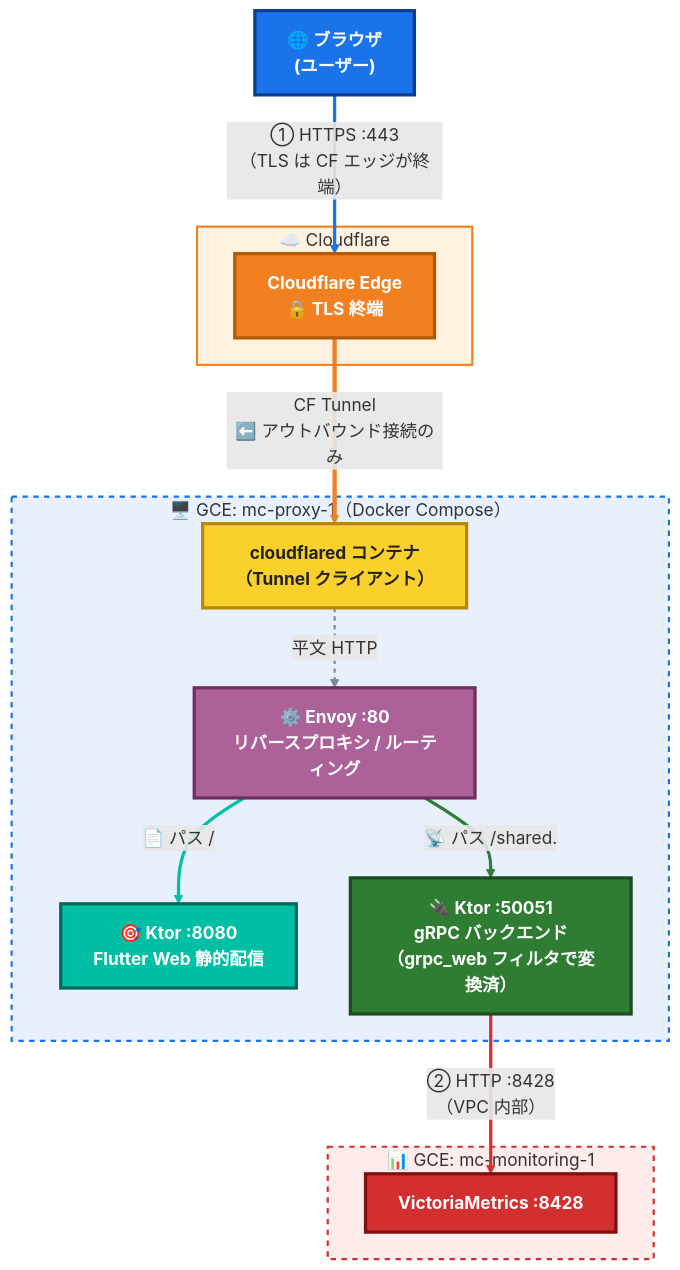
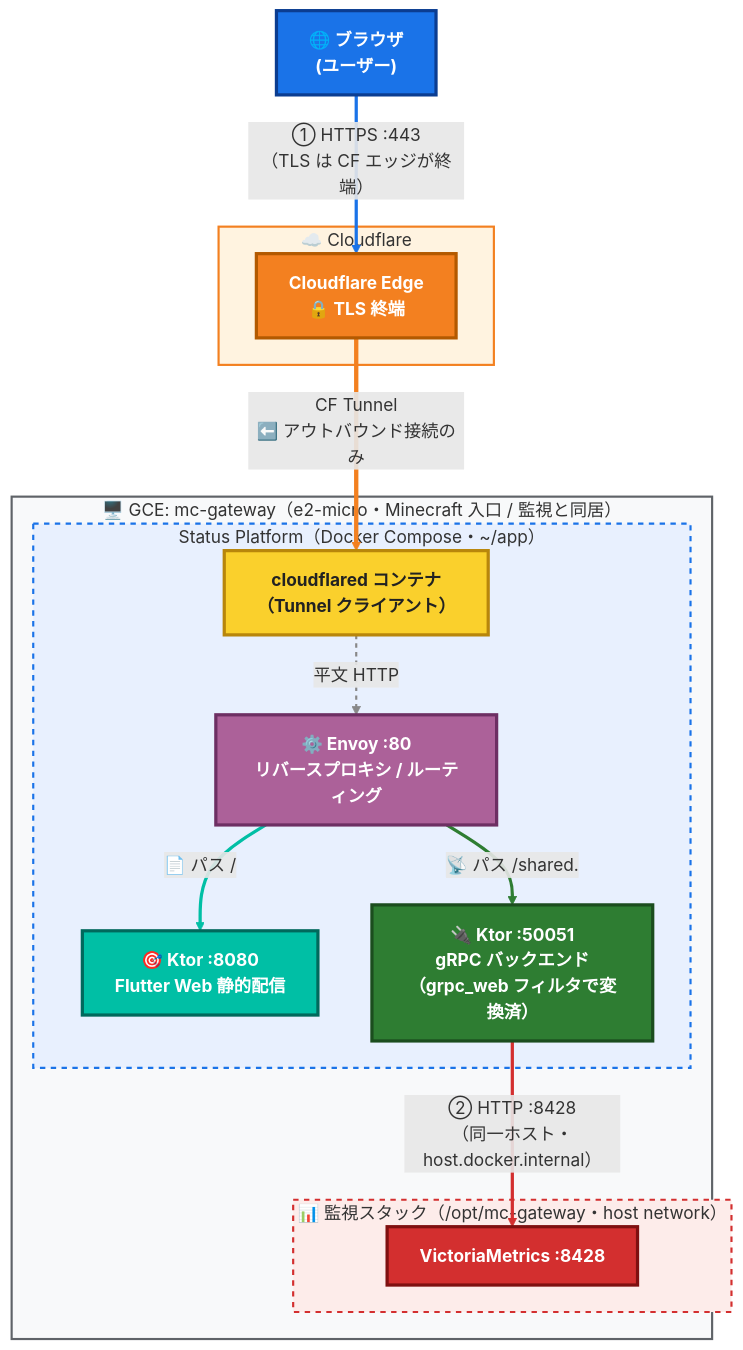
One commit to Tagomori0211/cloud-observability-gateway changed the first of 2 diagrams in README.md. Above: the diagram before and after it, drawn with Mermaid. The commit also changed other lines of this file and 1 other file, not shown here.

First line of the commit message:
docs: Describe the Status Platform on the consolidated mc-gateway VM

````diff
--- a/README.md
+++ b/README.md
@@ -44,58 +44,61 @@
 ```mermaid
 flowchart TD
     %% ============ ノード定義 ============
     Browser["🌐 ブラウザ<br/>(ユーザー)"]
 
     subgraph CF["☁️ Cloudflare"]
         Edge["Cloudflare Edge<br/>🔒 TLS 終端"]
     end
 
-    subgraph VM1["🖥️ GCE: mc-proxy-1（Docker Compose）"]
-        Cloudflared["cloudflared コンテナ<br/>（Tunnel クライアント）"]
-        Envoy["⚙️ Envoy :80<br/>リバースプロキシ / ルーティング"]
-        KtorWeb["🎯 Ktor :8080<br/>Flutter Web 静的配信"]
-        KtorGrpc["🔌 Ktor :50051<br/>gRPC バックエンド<br/>（grpc_web フィルタで変換済）"]
-    end
+    subgraph GW["🖥️ GCE: mc-gateway（e2-micro・Minecraft 入口 / 監視と同居）"]
+        subgraph VM1["Status Platform（Docker Compose・~/app）"]
+            Cloudflared["cloudflared コンテナ<br/>（Tunnel クライアント）"]
+            Envoy["⚙️ Envoy :80<br/>リバースプロキシ / ルーティング"]
+            KtorWeb["🎯 Ktor :8080<br/>Flutter Web 静的配信"]
+            KtorGrpc["🔌 Ktor :50051<br/>gRPC バックエンド<br/>（grpc_web フィルタで変換済）"]
+        end
 
-    subgraph VM2["📊 GCE: mc-monitoring-1"]
-        VM["VictoriaMetrics :8428"]
+        subgraph VM2["📊 監視スタック（/opt/mc-gateway・host network）"]
+            VM["VictoriaMetrics :8428"]
+        end
     end
 
     %% ============ エッジ定義 ============
     Browser -- "① HTTPS :443<br/>（TLS は CF エッジが終端）" --> Edge
     Edge == "CF Tunnel<br/>⬅️ アウトバウンド接続のみ" ==> Cloudflared
     Cloudflared -- "平文 HTTP" --> Envoy
     Envoy -- "📄 パス  /" --> KtorWeb
     Envoy -- "📡 パス  /shared." --> KtorGrpc
-    KtorGrpc -- "② HTTP :8428<br/>（VPC 内部）" --> VM
+    KtorGrpc -- "② HTTP :8428<br/>（同一ホスト・host.docker.internal）" --> VM
 
     %% ============ スタイル定義 ============
     classDef browser fill:#1a73e8,stroke:#0b3d91,stroke-width:3px,color:#ffffff,font-weight:bold
     classDef cloudflare fill:#f38020,stroke:#b35900,stroke-width:3px,color:#ffffff,font-weight:bold
     classDef tunnel fill:#fad02c,stroke:#b8860b,stroke-width:3px,color:#222222,font-weight:bold
     classDef envoy fill:#ac6199,stroke:#6d2f63,stroke-width:3px,color:#ffffff,font-weight:bold
     classDef ktorweb fill:#00bfa5,stroke:#00695c,stroke-width:3px,color:#ffffff,font-weight:bold
     classDef ktorgrpc fill:#2e7d32,stroke:#1b4d1e,stroke-width:3px,color:#ffffff,font-weight:bold
     classDef metrics fill:#d32f2f,stroke:#7f1010,stroke-width:3px,color:#ffffff,font-weight:bold
 
     class Browser browser
     class Edge cloudflare
     class Cloudflared tunnel
     class Envoy envoy
     class KtorWeb ktorweb
     class KtorGrpc ktorgrpc
     class VM metrics
 
     %% サブグラフの背景色
     style CF fill:#fff3e0,stroke:#f38020,stroke-width:2px
+    style GW fill:#f8f9fa,stroke:#5f6368,stroke-width:2px
     style VM1 fill:#e8f0fe,stroke:#1a73e8,stroke-width:2px,stroke-dasharray:5 5
     style VM2 fill:#fdecea,stroke:#d32f2f,stroke-width:2px,stroke-dasharray:5 5
 
     %% エッジの色分け
     linkStyle 0 stroke:#1a73e8,stroke-width:3px
     linkStyle 1 stroke:#f38020,stroke-width:4px
     linkStyle 2 stroke:#888888,stroke-width:2px,stroke-dasharray:4 4
     linkStyle 3 stroke:#00bfa5,stroke-width:3px
     linkStyle 4 stroke:#2e7d32,stroke-width:3px
     linkStyle 5 stroke:#d32f2f,stroke-width:3px
 ```
````
